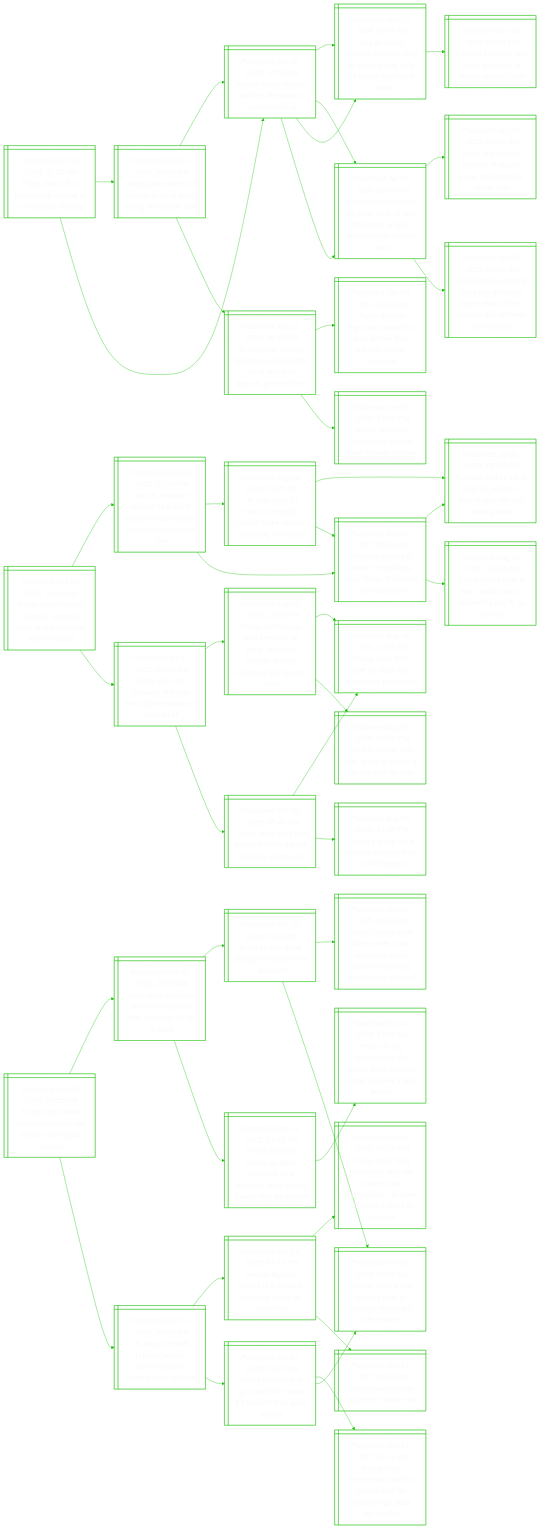
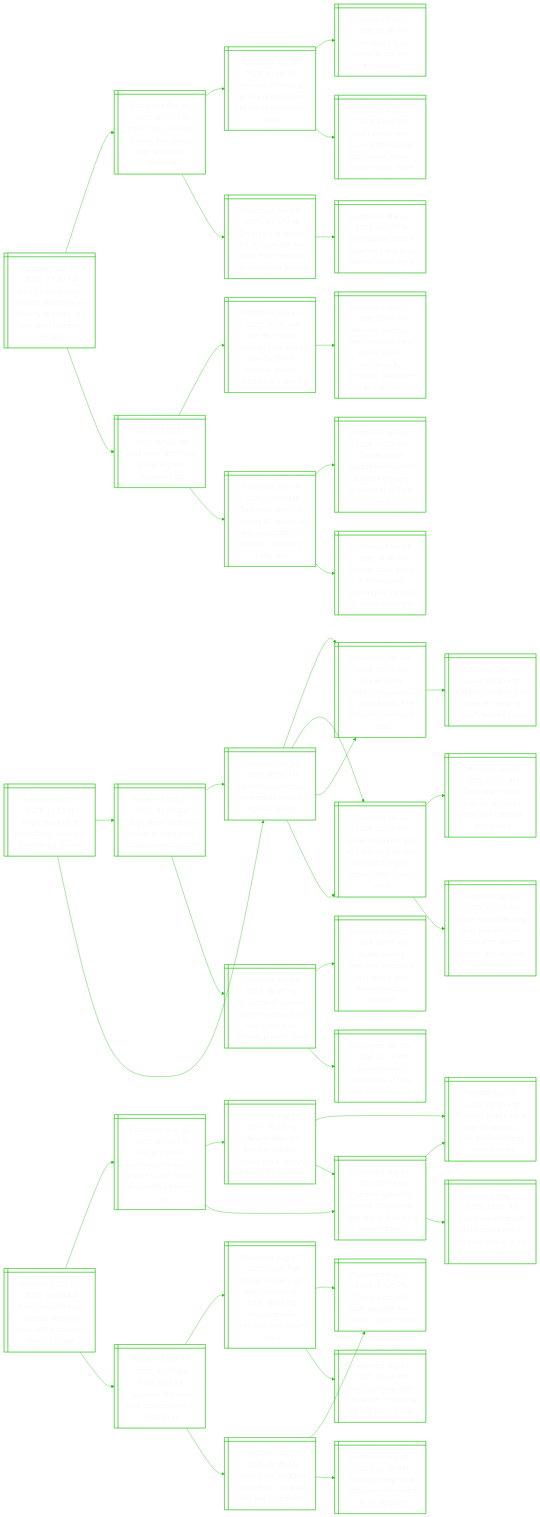
One commit to notJmes/notJmes changed the diagram in README.md. Above: the diagram before and after it, drawn with Mermaid. The commit also changed other lines of this file, not shown here.

````diff
--- a/README.md
+++ b/README.md
@@ -15,6 +15,46 @@
 %%{init: {'theme':'base', 'themeVariables': {'primaryColor': "transparent", 'primaryTextColor': "#F9F9F9", 'lineColor': "#20C20E", 'primaryBorderColor':'#20C20E'}}}%%
 flowchart LR
 classDef txtsize font-size:20px;
+
+Hoiviuwrrgsvoecy@{ shape: win-pane, label: "_Published Oct 20, 2025, 12:30 PM_
+Hunt for paris louvre thieves underway as robbery reignites row over poor museum security" }
+Ptineluiisey@{ shape: win-pane, label: "_Published Oct 19, 2025, 05:51 PM_
+Power tool-wielding thieves flee louvre with ‘priceless’ jewellery" }
+GpboiPoidaes@{ shape: win-pane, label: "_Published Apr 28, 2025, 01:06 PM_
+‘grandpa robbers’ go on trial in paris over kim kardashian jewel heist" }
+NegaTrah@{ shape: win-pane, label: "_Published Feb 20, 2025, 01:00 PM_
+Nike bets big on reality tv star kim kardashian" }
+Kriinucneida@{ shape: win-pane, label: "_Published May 17, 2023, 12:00 PM_
+Kim kardashian's $1.34 billion buyout pitch leans on her social media reach" }
+Gpssofemmnsrt@{ shape: win-pane, label: "_Published Jun 02, 2025, 11:15 PM_
+Greenpeace steals $59,000 macron wax figure from museum for anti-russia protest" }
+GpmglnolN@{ shape: win-pane, label: "_Published Mar 21, 2025, 02:52 PM_
+Greenpeace $880m damages ruling in us shocks global ngos" }
+Gotiiei@{ shape: win-pane, label: "_Published Sep 17, 2025, 07:36 PM_
+Gold worth $900,000 stolen in paris museum heist" }
+Onortmhnispsnh@{ shape: win-pane, label: "_Published Aug 27, 2025, 10:00 AM_
+Over 80 interpol alerts to trace more than $479m in criminal assets published in 7 months" }
+IpustcrshnsyiSpap@{ shape: win-pane, label: "_Published Jan 10, 2025, 05:00 PM_
+Interpol launches alert notice to trace assets hidden overseas by criminals; singapore part of pilot" }
+Tnesilcgofincshe@{ shape: win-pane, label: "_Published Jun 14, 2025, 12:04 AM_
+Two men jailed for stealing $7 million 18-carat gold toilet from winston churchill’s birthplace" }
+Glisteoeopenhf@{ shape: win-pane, label: "_Published Jun 03, 2025, 07:05 PM_
+Global airline association seeks to address growing problem of in-flight theft" }
+Cretpeagrdavg@{ shape: win-pane, label: "_Published May 05, 2025, 04:44 PM_
+Copper cable thefts in spain leave passengers trapped in trains overnight" }
+
+Hoiviuwrrgsvoecy:::txtsize --> Ptineluiisey:::txtsize
+Ptineluiisey:::txtsize --> GpboiPoidaes:::txtsize
+GpboiPoidaes:::txtsize --> NegaTrah:::txtsize
+GpboiPoidaes:::txtsize --> Kriinucneida:::txtsize
+Ptineluiisey:::txtsize --> Gpssofemmnsrt:::txtsize
+Gpssofemmnsrt:::txtsize --> GpmglnolN:::txtsize
+Hoiviuwrrgsvoecy:::txtsize --> Gotiiei:::txtsize
+Gotiiei:::txtsize --> Onortmhnispsnh:::txtsize
+Onortmhnispsnh:::txtsize --> IpustcrshnsyiSpap:::txtsize
+Gotiiei:::txtsize --> Tnesilcgofincshe:::txtsize
+Tnesilcgofincshe:::txtsize --> Glisteoeopenhf:::txtsize
+Tnesilcgofincshe:::txtsize --> Cretpeagrdavg:::txtsize
 
 Ftstrgamnn@{ shape: win-pane, label: "_Published Oct 20, 2025, 11:32 AM_
 Flight skids off st petersburg runway in emergency landing" }
@@ -105,47 +145,4 @@
 Tsosrmanyil:::txtsize --> Taaoirilh:::txtsize
 Tsosrmanyil:::txtsize --> Tspaicrifp:::txtsize
 
-TssHcftnerse@{ shape: win-pane, label: "_Published Oct 20, 2025, 09:55 AM_
-Trump says israel-hamas ceasefire still in place after gaza strikes" }
-Ilcfntutrkla@{ shape: win-pane, label: "_Published Oct 20, 2025, 06:50 AM_
-Israel says ceasefire and aid to resume after airstrikes kill 26 in gaza" }
-Ilkzispec@{ shape: win-pane, label: "_Published Oct 19, 2025, 05:06 PM_
-Israel strikes gaza, saying its troops were attacked" }
-IlseetvtRbreeuat@{ shape: win-pane, label: "_Published Oct 16, 2025, 06:25 PM_
-Israel, hamas trade blame over truce violations, rafah border reopening eyed but no date set" }
-Hstaoltesnv@{ shape: win-pane, label: "_Published Oct 16, 2025, 04:51 AM_
-Hamas says it has handed over all hostage remains it can recover" }
-Tdrcaaededlncbs@{ shape: win-pane, label: "_Published Oct 14, 2025, 07:45 PM_
-Trump declares victory as gaza ceasefire deal reached, but a lasting peace may be elusive" }
-PflcoMeNelale@{ shape: win-pane, label: "_Published Oct 14, 2025, 12:05 AM_
-Peace finally descends on the middle east: now the battle to make it last begins" }
-Usiessntasal@{ shape: win-pane, label: "_Published Oct 19, 2025, 07:02 AM_
-Us says ‘credible reports’ hamas planning attack against gaza civilians" }
-Hfeggncitfe@{ shape: win-pane, label: "_Published Oct 14, 2025, 07:10 PM_
-Hamas fighters tighten grip in gaza, clouding future of ceasefire" }
-TsogrrsiPtnesiais@{ shape: win-pane, label: "_Published Oct 13, 2025, 06:25 PM_
-Trump says ‘long nightmare’ over for israelis and palestinians, receives standing ovation in knesset" }
-TtvriMe@{ shape: win-pane, label: "_Published Oct 14, 2025, 06:20 AM_
-Trump takes victory lap in the middle east" }
-Tttoalatnpkn@{ shape: win-pane, label: "_Published Oct 17, 2025, 02:21 AM_
-Trump threatens to ‘go in and kill’ hamas if it doesn’t stop gaza killings" }
-Thtndrltasact@{ shape: win-pane, label: "_Published Oct 14, 2025, 01:41 AM_
-Trump hails ‘tremendous day for middle east’ as leaders sign gaza declaration" }
-Hstaoltesnv@{ shape: win-pane, label: "_Published Oct 16, 2025, 04:51 AM_
-Hamas says it has handed over all hostage remains it can recover" }
-
-TssHcftnerse:::txtsize --> Ilcfntutrkla:::txtsize
-Ilcfntutrkla:::txtsize --> Ilkzispec:::txtsize
-Ilkzispec:::txtsize --> IlseetvtRbreeuat:::txtsize
-Ilkzispec:::txtsize --> Hstaoltesnv:::txtsize
-Ilcfntutrkla:::txtsize --> Tdrcaaededlncbs:::txtsize
-Tdrcaaededlncbs:::txtsize --> PflcoMeNelale:::txtsize
-TssHcftnerse:::txtsize --> Usiessntasal:::txtsize
-Usiessntasal:::txtsize --> Hfeggncitfe:::txtsize
-Hfeggncitfe:::txtsize --> TsogrrsiPtnesiais:::txtsize
-Hfeggncitfe:::txtsize --> TtvriMe:::txtsize
-Usiessntasal:::txtsize --> Tttoalatnpkn:::txtsize
-Tttoalatnpkn:::txtsize --> Thtndrltasact:::txtsize
-Tttoalatnpkn:::txtsize --> Hstaoltesnv:::txtsize
-
 ```
````
